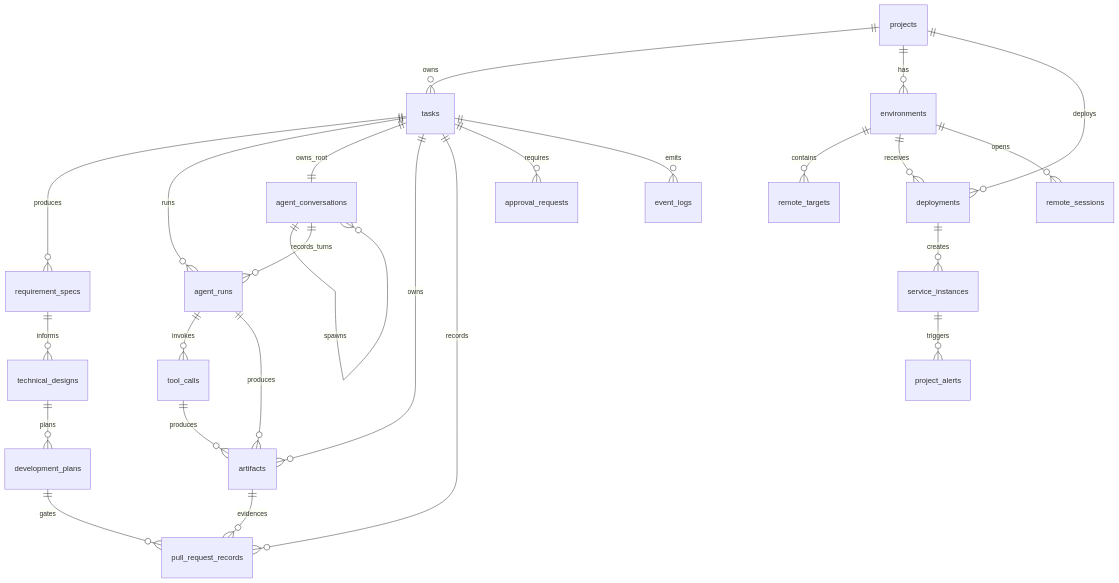
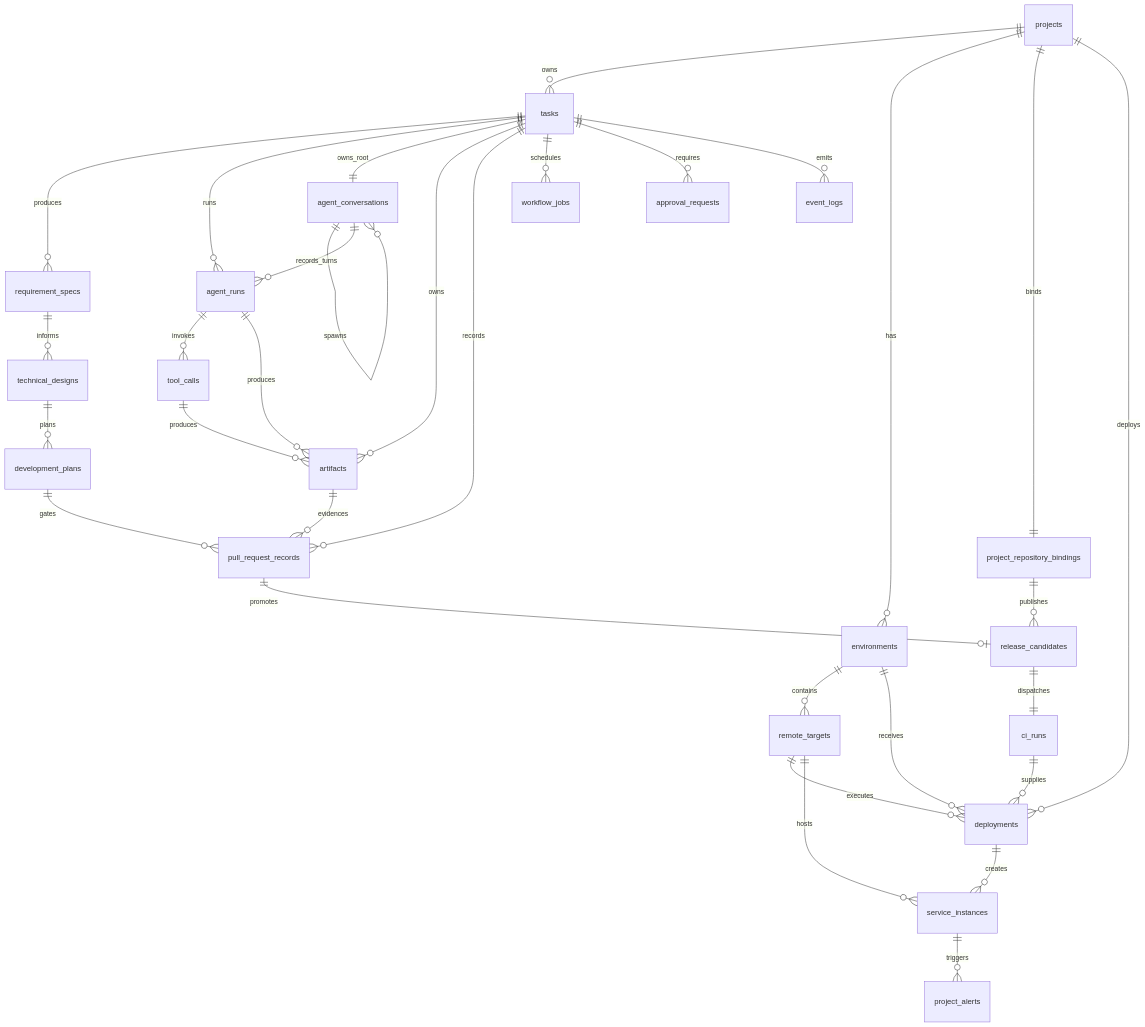
One commit to ChaceQC/CloudHelm changed the diagram in docs/15-detailed-design/04-data-detail.md. Above: the diagram before and after it, drawn with Mermaid. The commit also changed other lines of this file and 36 other files, not shown here.

````diff
--- a/docs/15-detailed-design/04-data-detail.md
+++ b/docs/15-detailed-design/04-data-detail.md
@@ -143,27 +143,34 @@
 ```mermaid
 erDiagram
     projects ||--o{ tasks : owns
     projects ||--o{ environments : has
     tasks ||--o{ requirement_specs : produces
     requirement_specs ||--o{ technical_designs : informs
     technical_designs ||--o{ development_plans : plans
     tasks ||--o{ agent_runs : runs
     tasks ||--|| agent_conversations : owns_root
     agent_conversations ||--o{ agent_conversations : spawns
     agent_conversations ||--o{ agent_runs : records_turns
     agent_runs ||--o{ tool_calls : invokes
     tasks ||--o{ artifacts : owns
     agent_runs ||--o{ artifacts : produces
     tool_calls ||--o{ artifacts : produces
     tasks ||--o{ pull_request_records : records
     development_plans ||--o{ pull_request_records : gates
     artifacts ||--o{ pull_request_records : evidences
+    projects ||--|| project_repository_bindings : binds
+    pull_request_records ||--o| release_candidates : promotes
+    project_repository_bindings ||--o{ release_candidates : publishes
+    release_candidates ||--|| ci_runs : dispatches
+    tasks ||--o{ workflow_jobs : schedules
     tasks ||--o{ approval_requests : requires
     tasks ||--o{ event_logs : emits
     environments ||--o{ remote_targets : contains
     projects ||--o{ deployments : deploys
     environments ||--o{ deployments : receives
+    remote_targets ||--o{ deployments : executes
+    ci_runs ||--o{ deployments : supplies
     deployments ||--o{ service_instances : creates
+    remote_targets ||--o{ service_instances : hosts
     service_instances ||--o{ project_alerts : triggers
-    environments ||--o{ remote_sessions : opens
 ```
````
